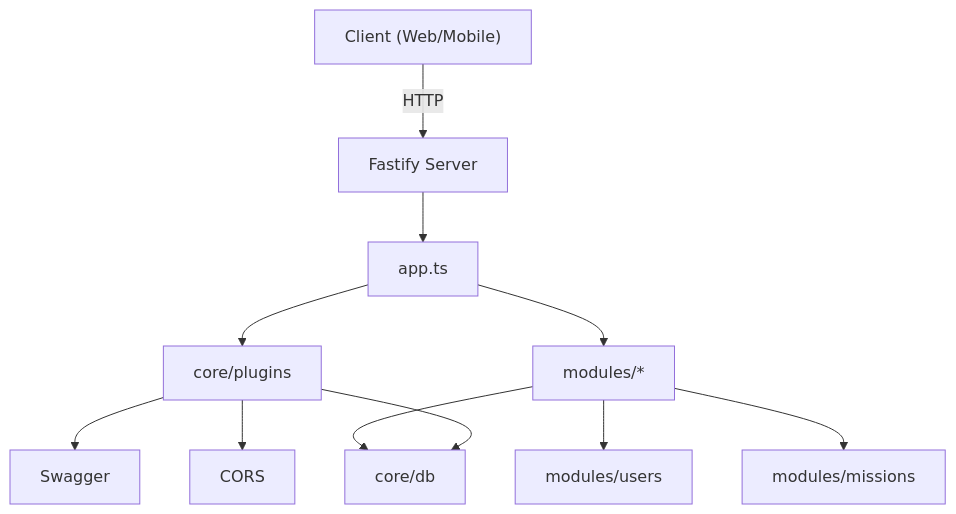
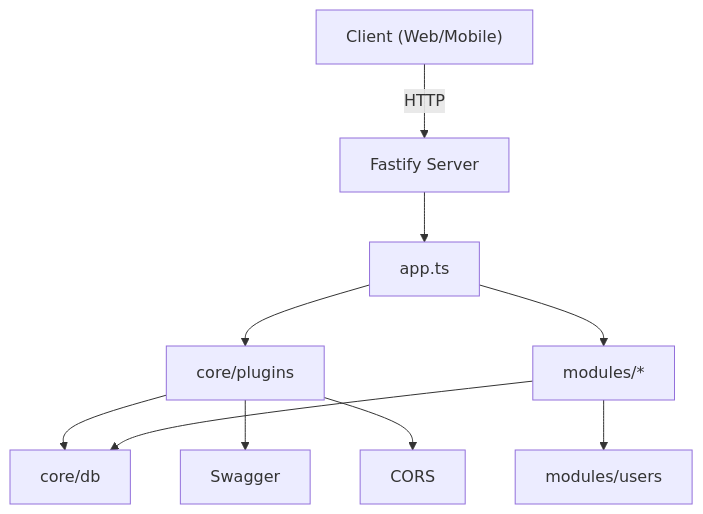
One commit to juanrobles05/NOVACORE changed the diagram in ARCHITECTURE.md. Above: the diagram before and after it, drawn with Mermaid.

Commit message:
Update architecture diagram by removing ModuleB
Removed reference to ModuleB in architecture diagram.

````diff
--- a/ARCHITECTURE.md
+++ b/ARCHITECTURE.md
@@ -96,13 +96,12 @@
 ```mermaid
 graph TD
   Client["Client (Web/Mobile)"] -->|HTTP| Fastify["Fastify Server"]
   Fastify --> App["app.ts"]
   App --> Plugins["core/plugins"]
   App --> Modules["modules/*"]
   Modules --> ModuleA["modules/users"]
-  Modules --> ModuleB["modules/missions"]
   Plugins --> DB["core/db"]
   Modules --> DB
   Plugins --> Swagger["Swagger"]
   Plugins --> CORS["CORS"]
 ```
````
